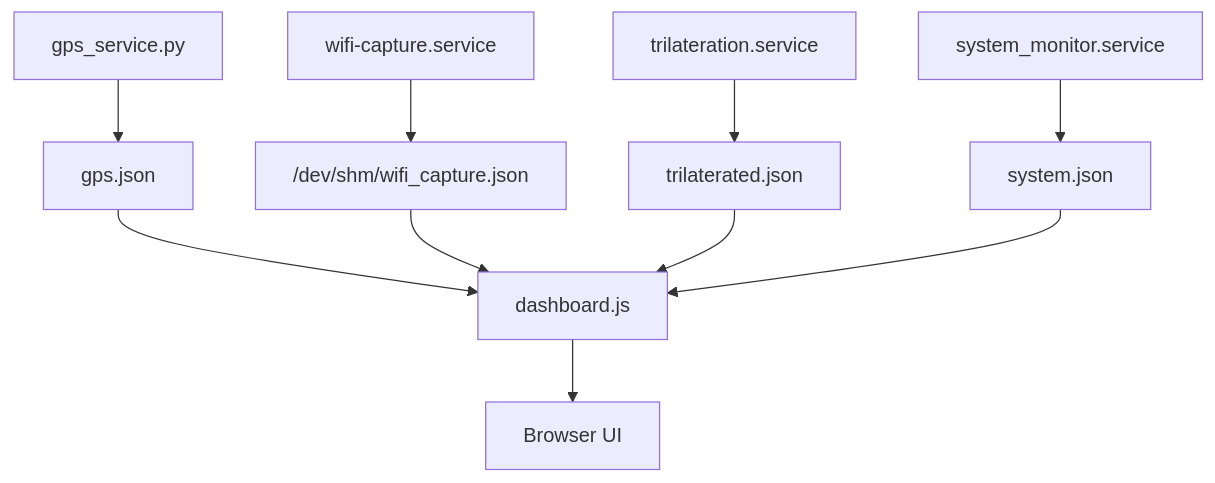
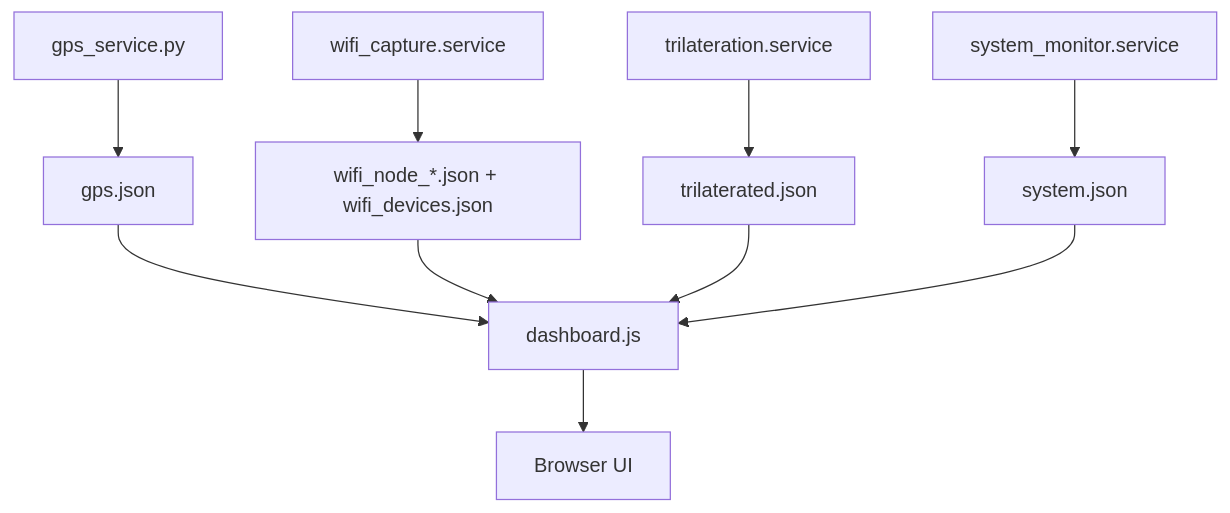
One commit to sbejarano/WiFi_Promiscuous changed the second of 2 diagrams in dashboard.md. Above: the diagram before and after it, drawn with Mermaid. The commit also changed other lines of this file and 1 other file, not shown here.

Commit message:
docs: align dashboard data contract with deployed JSON outputs

````diff
--- a/dashboard.md
+++ b/dashboard.md
@@ -96,15 +98,15 @@
 ```mermaid
 flowchart TD
 
     GPSSVC["gps_service.py"] --> GPSJ["gps.json"]
-    CAP["wifi-capture.service"] --> CAPJ["/dev/shm/wifi_capture.json"]
+    CAP["wifi_capture.service"] --> CAPJ["wifi_node_*.json + wifi_devices.json"]
     TRI["trilateration.service"] --> TRIJ["trilaterated.json"]
     MON["system_monitor.service"] --> SYSJ["system.json"]
 
     GPSJ --> JS["dashboard.js"]
     CAPJ --> JS
     TRIJ --> JS
     SYSJ --> JS
 
     JS --> UI["Browser UI"]
 ```
````
